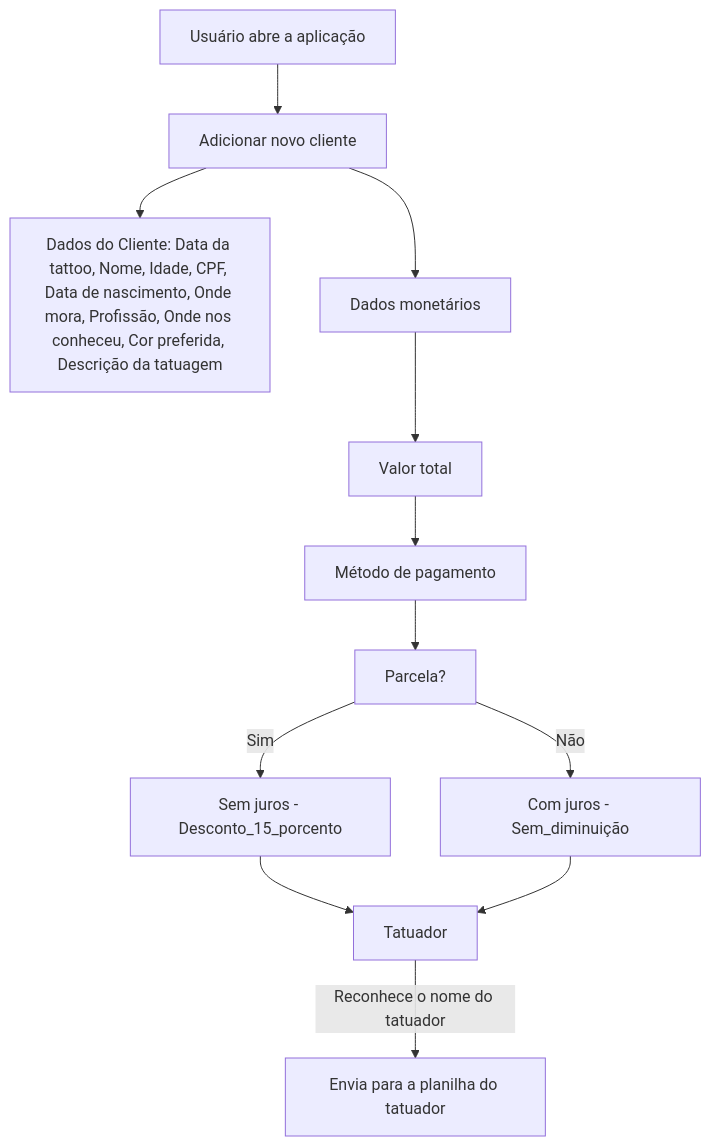
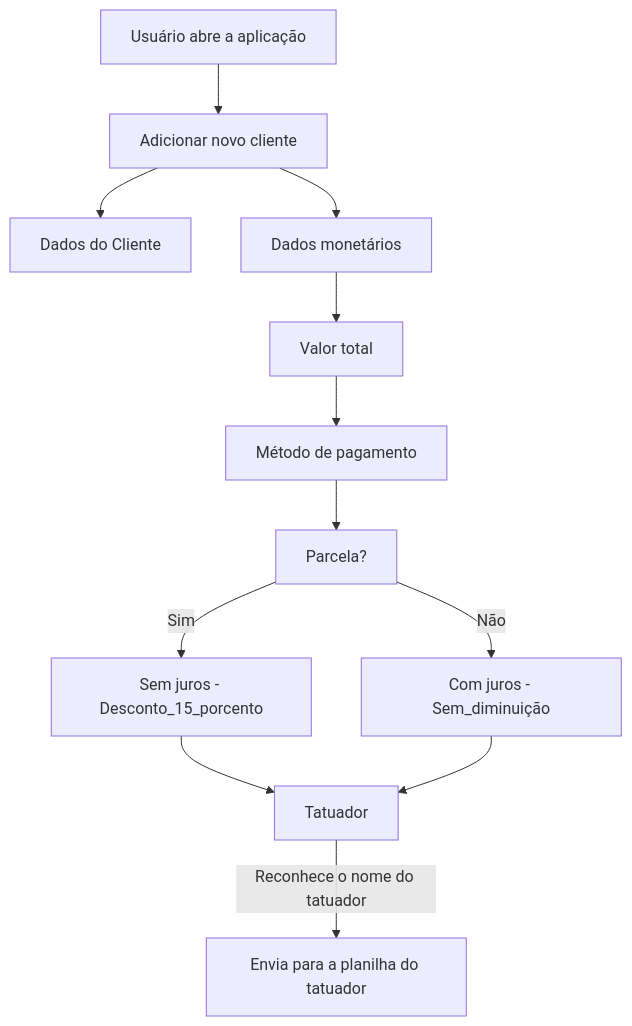
The diagram in README.md (ifLauraAlmeida/Management-INK), drawn with Mermaid before and after one commit. The commit also changed other lines of this file and 5 other files, not shown here.

````diff
--- a/README.md
+++ b/README.md
@@ -7,16 +7,16 @@
 ```mermaid
 graph TD;
     A[Usuário abre a aplicação]
     A --> C[Adicionar novo cliente]
-    C --> D[Dados do Cliente: Data da tattoo, Nome, Idade, CPF, Data de nascimento, Onde mora, Profissão, Onde nos conheceu, Cor preferida, Descrição da tatuagem]
+    C --> D[Dados do Cliente]
     C --> O[Dados monetários]
     O --> P[Valor total]
     P --> Q[Método de pagamento]
     Q --> R[Parcela?]
     R --> |Sim| S[Sem juros - Desconto_15_porcento]
     R --> |Não| T[Com juros - Sem_diminuição]
     S --> M[Tatuador]
     T --> M[Tatuador]
     M --> |Reconhece o nome do tatuador| N[Envia para a planilha do tatuador]
 
 ```
````
